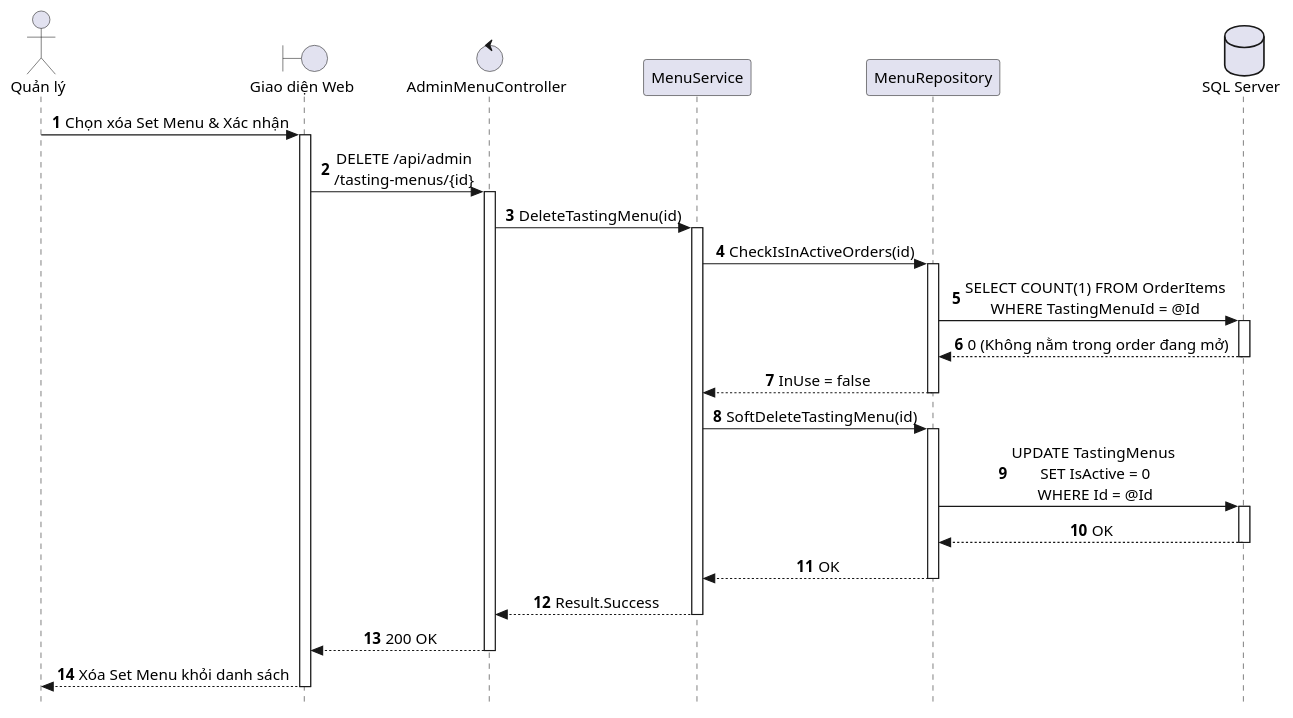
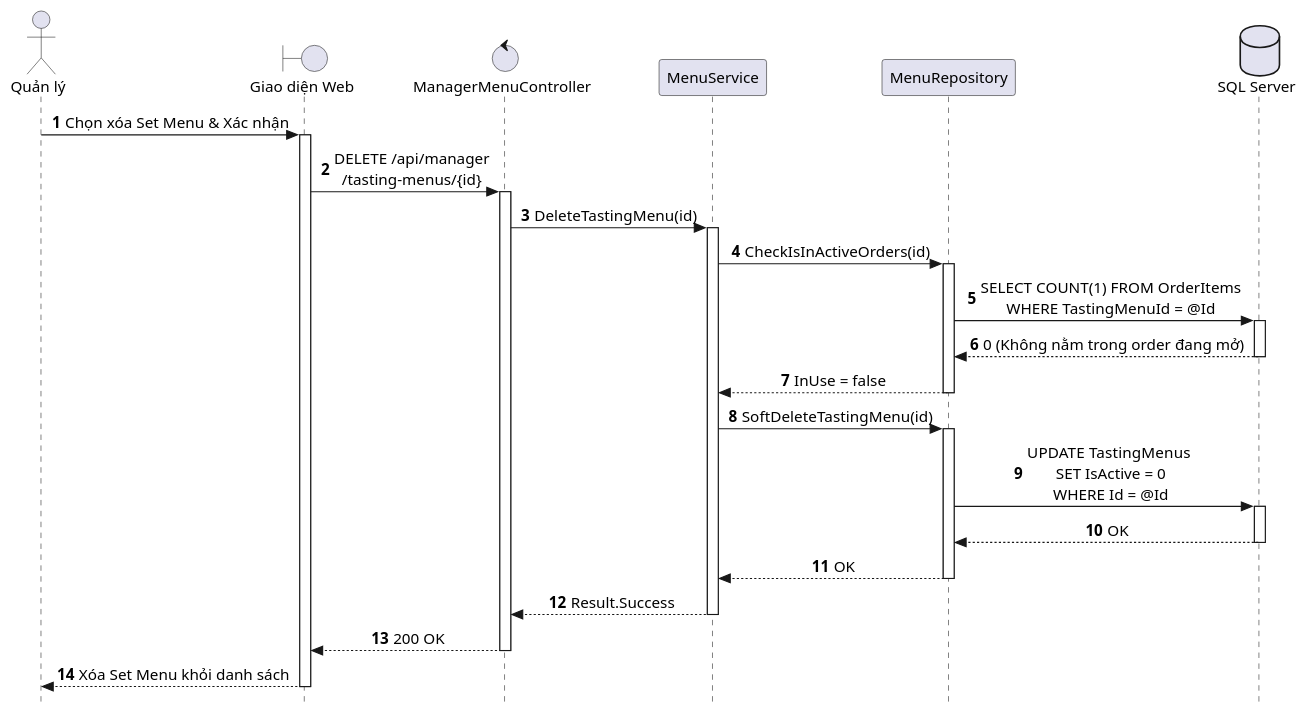
Before and after one commit to AndrewQng/VinDining: the diagram in docs/puml/sequences/SD_UC_A1_7_Delete_SetMenu.puml, drawn with PlantUML. The commit also changed 179 other files, not shown here.

First line of the commit message:
docs: align diagrams with the analysis report

```diff
--- a/docs/puml/sequences/SD_UC_A1_7_Delete_SetMenu.puml
+++ b/docs/puml/sequences/SD_UC_A1_7_Delete_SetMenu.puml
@@ -1,54 +1,54 @@
 @startuml SD_UC_A1_7_Delete_SetMenu
 autonumber
 skinparam style strictuml
 skinparam sequenceMessageAlign center
 skinparam responseMessageBelowArrow true
 skinparam defaultFontName "Segoe UI", Arial, sans-serif
 skinparam defaultFontSize 14
 
 actor "Quản lý" as Manager
 boundary "Giao diện Web" as UI
-control "AdminMenuController" as Controller
+control "ManagerMenuController" as Controller
 participant "MenuService" as Service
 participant "MenuRepository" as Repo
 database "SQL Server" as DB
 
 Manager -> UI: Chọn xóa Set Menu & Xác nhận
 activate UI
 
-UI -> Controller: DELETE /api/admin\n/tasting-menus/{id}
+UI -> Controller: DELETE /api/manager\n/tasting-menus/{id}
 activate Controller
 
 Controller -> Service: DeleteTastingMenu(id)
 activate Service
 
 Service -> Repo: CheckIsInActiveOrders(id)
 activate Repo
 Repo -> DB: SELECT COUNT(1) FROM OrderItems\nWHERE TastingMenuId = @Id
 activate DB
 DB --> Repo: 0 (Không nằm trong order đang mở)
 deactivate DB
 Repo --> Service: InUse = false
 deactivate Repo
 
 Service -> Repo: SoftDeleteTastingMenu(id)
 activate Repo
 
 Repo -> DB: UPDATE TastingMenus \nSET IsActive = 0\nWHERE Id = @Id
 activate DB
 DB --> Repo: OK
 deactivate DB
 
 Repo --> Service: OK
 deactivate Repo
 
 Service --> Controller: Result.Success
 deactivate Service
 
 Controller --> UI: 200 OK
 deactivate Controller
 
 UI --> Manager: Xóa Set Menu khỏi danh sách
 deactivate UI
 
 @enduml
```
